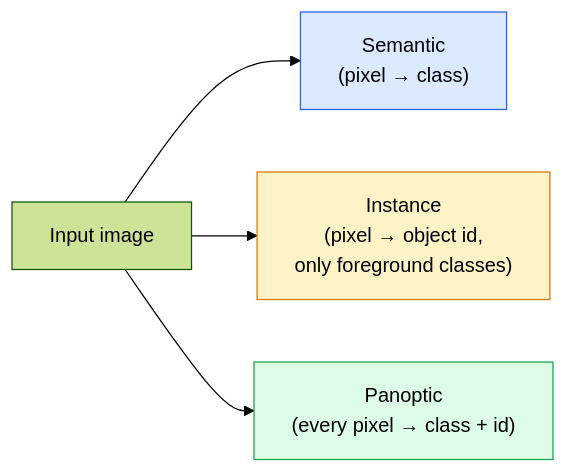
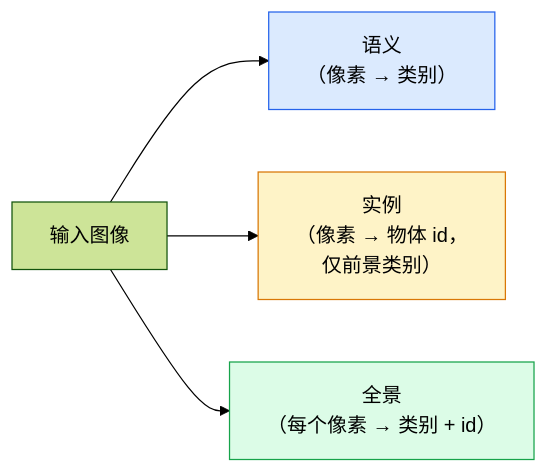
One commit to JerryC8080/ai-engineering-from-scratch-zh changed the first of 2 diagrams in phases/04-computer-vision/07-semantic-segmentation-unet/docs/zh.md. Above: the diagram before and after it, drawn with Mermaid (forest theme). The commit also changed other lines of this file and 156 other files, not shown here.

First line of the commit message:
i18n(zh): translate mermaid diagram labels in 157 lesson zh.md

````diff
--- a/phases/04-computer-vision/07-semantic-segmentation-unet/docs/zh.md
+++ b/phases/04-computer-vision/07-semantic-segmentation-unet/docs/zh.md
@@ -31,10 +31,10 @@
 ```mermaid
 flowchart LR
-    IN["Input image"] --> SEM["Semantic<br/>(pixel → class)"]
-    IN --> INS["Instance<br/>(pixel → object id,<br/>only foreground classes)"]
-    IN --> PAN["Panoptic<br/>(every pixel → class + id)"]
+    IN["输入图像"] --> SEM["语义<br/>（像素 → 类别）"]
+    IN --> INS["实例<br/>（像素 → 物体 id，<br/>仅前景类别）"]
+    IN --> PAN["全景<br/>（每个像素 → 类别 + id）"]
 
     style SEM fill:#dbeafe,stroke:#2563eb
     style INS fill:#fef3c7,stroke:#d97706
     style PAN fill:#dcfce7,stroke:#16a34a
 ```
````
